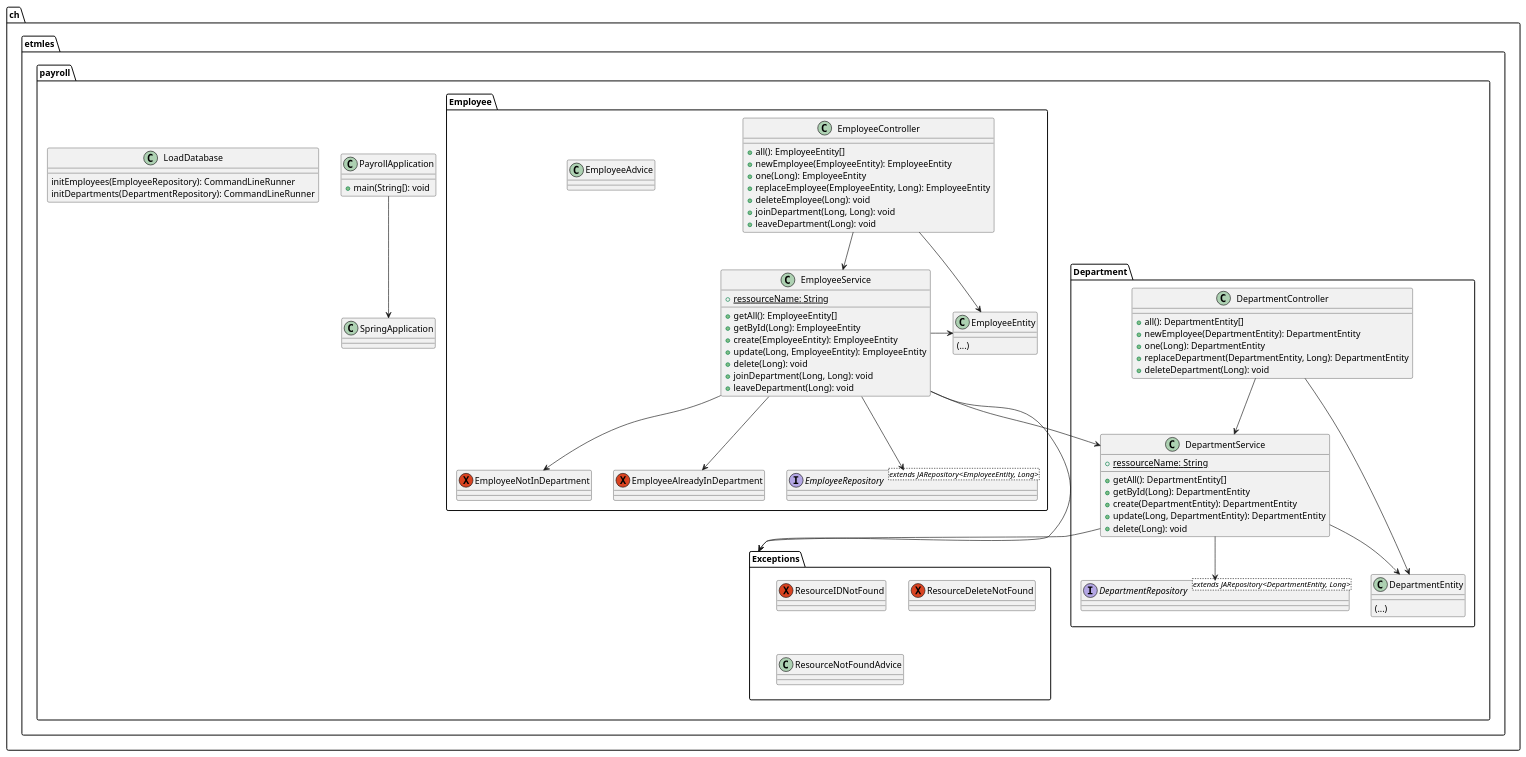
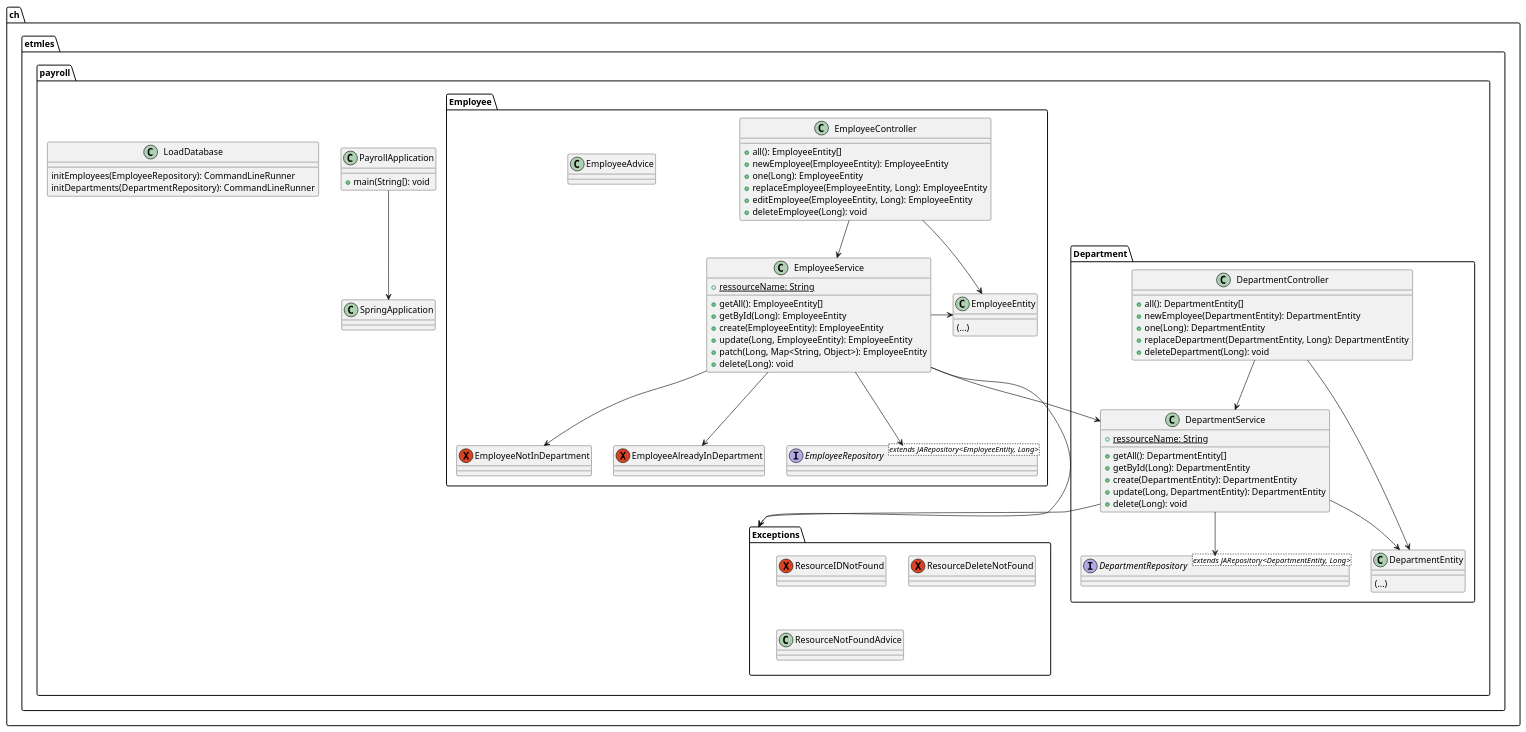
Before and after one commit to Manueloro/spring-warm-up: the diagram in class.diagram.plantuml, drawn with PlantUML.

Commit message:
docs: better routes for employee department

```diff
--- a/class.diagram.plantuml
+++ b/class.diagram.plantuml
@@ -1,98 +1,96 @@
 @startuml
 
 package "ch.etmles.payroll" {
     class PayrollApplication {
         +main(String[): void
     }
 
     "PayrollApplication" --> "SpringApplication"
 
     package "Department" {
         class "DepartmentService" {
             {static}+ressourceName: String
             +getAll(): DepartmentEntity[]
             +getById(Long): DepartmentEntity
             +create(DepartmentEntity): DepartmentEntity
             +update(Long, DepartmentEntity): DepartmentEntity
             +delete(Long): void
         }
 
         class "DepartmentController" {
             +all(): DepartmentEntity[]
             +newEmployee(DepartmentEntity): DepartmentEntity
             +one(Long): DepartmentEntity
             +replaceDepartment(DepartmentEntity, Long): DepartmentEntity
             +deleteDepartment(Long): void
         }
 
         class "DepartmentEntity"{
             (...)
         }
 
         interface "DepartmentRepository"<extends JARepository<DepartmentEntity, Long>>
 
         "DepartmentController" --> "DepartmentService"
         "DepartmentController" --> "DepartmentEntity"
         "DepartmentService" --> "DepartmentRepository"
         "DepartmentService" --> "DepartmentEntity"
     }
 
     "DepartmentService" --> "Exceptions"
 
     package "Employee" {
         class "EmployeeService" {
             {static}+ressourceName: String
             +getAll(): EmployeeEntity[]
             +getById(Long): EmployeeEntity
             +create(EmployeeEntity): EmployeeEntity
             +update(Long, EmployeeEntity): EmployeeEntity
+            +patch(Long, Map<String, Object>): EmployeeEntity
             +delete(Long): void
-            +joinDepartment(Long, Long): void
-            +leaveDepartment(Long): void
         }
 
         class "EmployeeController" {
             +all(): EmployeeEntity[]
             +newEmployee(EmployeeEntity): EmployeeEntity
             +one(Long): EmployeeEntity
             +replaceEmployee(EmployeeEntity, Long): EmployeeEntity
+            +editEmployee(EmployeeEntity, Long): EmployeeEntity
             +deleteEmployee(Long): void
-            +joinDepartment(Long, Long): void
-            +leaveDepartment(Long): void
         }
 
         class "EmployeeEntity" {
             (...)
         }
 
         class "EmployeeAdvice"
         exception "EmployeeNotInDepartment"
         exception "EmployeeAlreadyInDepartment"
 
         interface "EmployeeRepository"<extends JARepository<EmployeeEntity, Long>>
 
         "EmployeeController" --> "EmployeeService"
         "EmployeeController" --> "EmployeeEntity"
         "EmployeeService" --> "EmployeeRepository"
         "EmployeeService" -> "EmployeeEntity"
         "EmployeeService" --> "EmployeeNotInDepartment"
         "EmployeeService" --> "EmployeeAlreadyInDepartment"
 
         "EmployeeService" --> "DepartmentService"
     }
 
     "EmployeeService" --> "Exceptions"
 
     package "Exceptions" {
         exception "ResourceIDNotFound"
         exception "ResourceDeleteNotFound"
         class "ResourceNotFoundAdvice"
     }
 
     class "LoadDatabase" {
         initEmployees(EmployeeRepository): CommandLineRunner
         initDepartments(DepartmentRepository): CommandLineRunner
     }
 }
 
 @enduml
```
